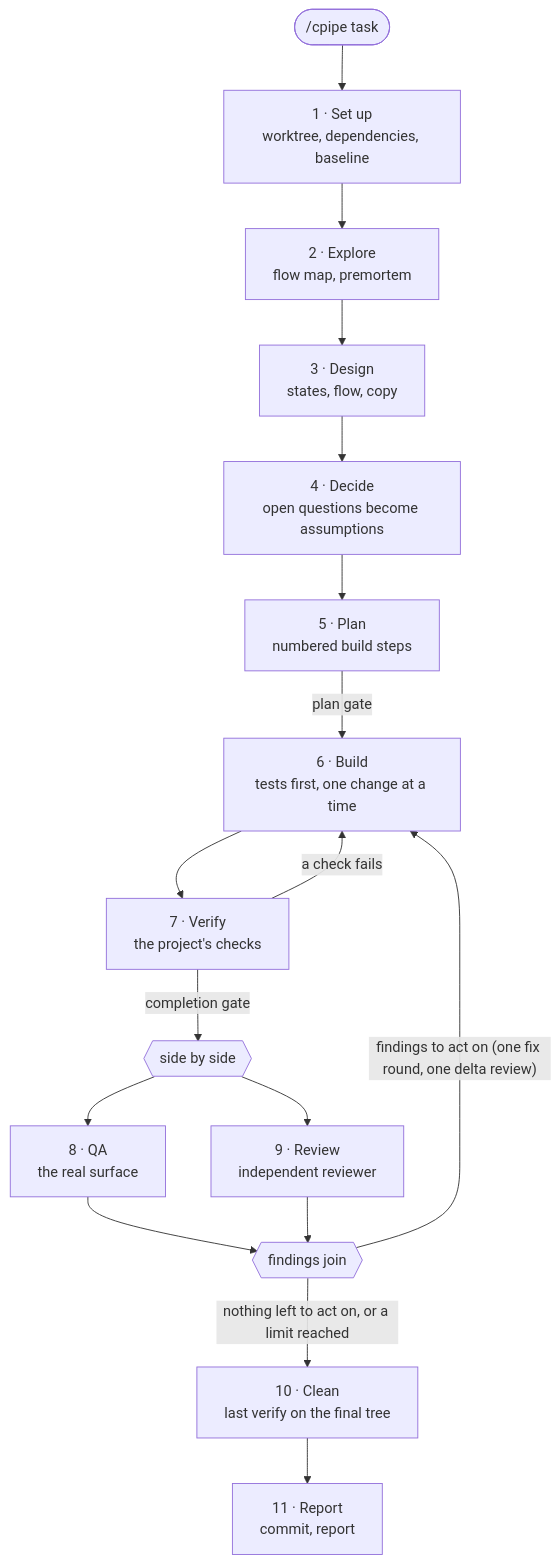
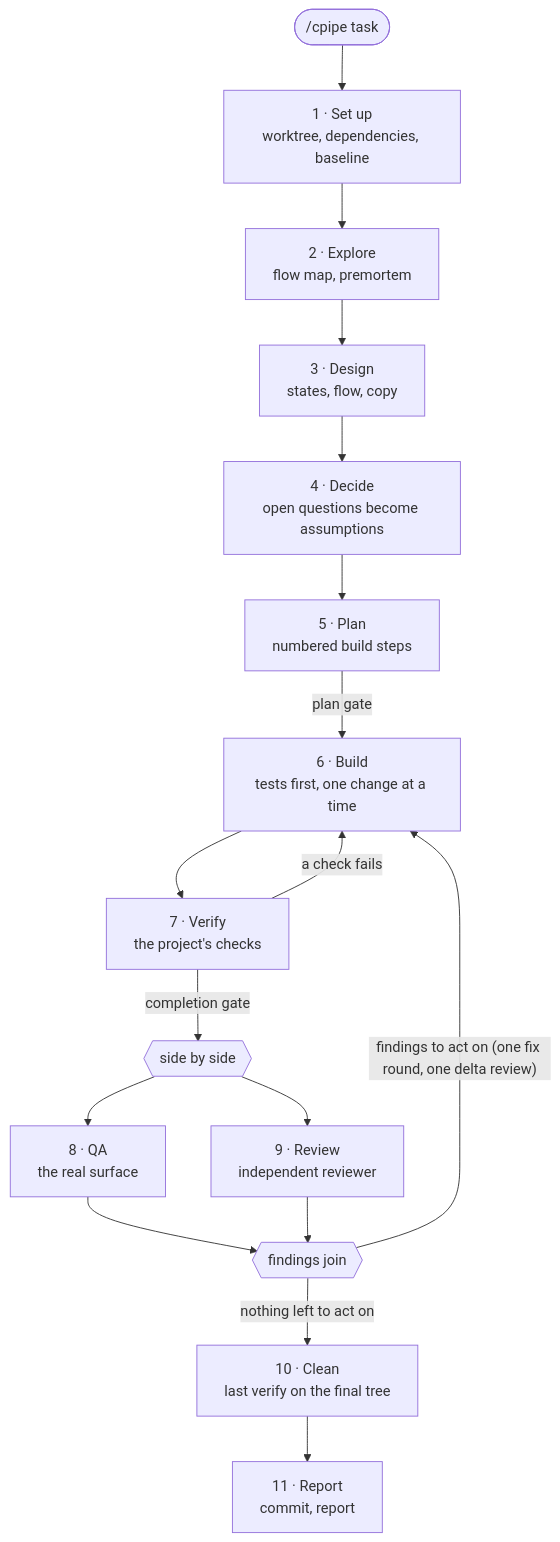
Before and after one commit to chryzxc/cpipe: the first of 2 diagrams in README.md, drawn with Mermaid. The commit also changed other lines of this file and 4 other files, not shown here.

````diff
--- a/README.md
+++ b/README.md
@@ -174,19 +174,19 @@
 ```mermaid
 flowchart TD
     T(["/cpipe task"]) --> S1["1 · Set up<br/>worktree, dependencies, baseline"]
     S1 --> S2["2 · Explore<br/>flow map, premortem"]
     S2 --> S3["3 · Design<br/>states, flow, copy"]
     S3 --> S4["4 · Decide<br/>open questions become assumptions"]
     S4 --> S5["5 · Plan<br/>numbered build steps"]
     S5 -->|plan gate| S6["6 · Build<br/>tests first, one change at a time"]
     S6 --> S7["7 · Verify<br/>the project's checks"]
     S7 -->|a check fails| S6
     S7 -->|completion gate| FORK{{"side by side"}}
     FORK --> S8["8 · QA<br/>the real surface"]
     FORK --> S9["9 · Review<br/>independent reviewer"]
     S8 --> JOIN{{"findings join"}}
     S9 --> JOIN
     JOIN -->|"findings to act on (one fix round, one delta review)"| S6
-    JOIN -->|nothing left to act on, or a limit reached| S10["10 · Clean<br/>last verify on the final tree"]
+    JOIN -->|nothing left to act on| S10["10 · Clean<br/>last verify on the final tree"]
     S10 --> S11["11 · Report<br/>commit, report"]
 ```
````
